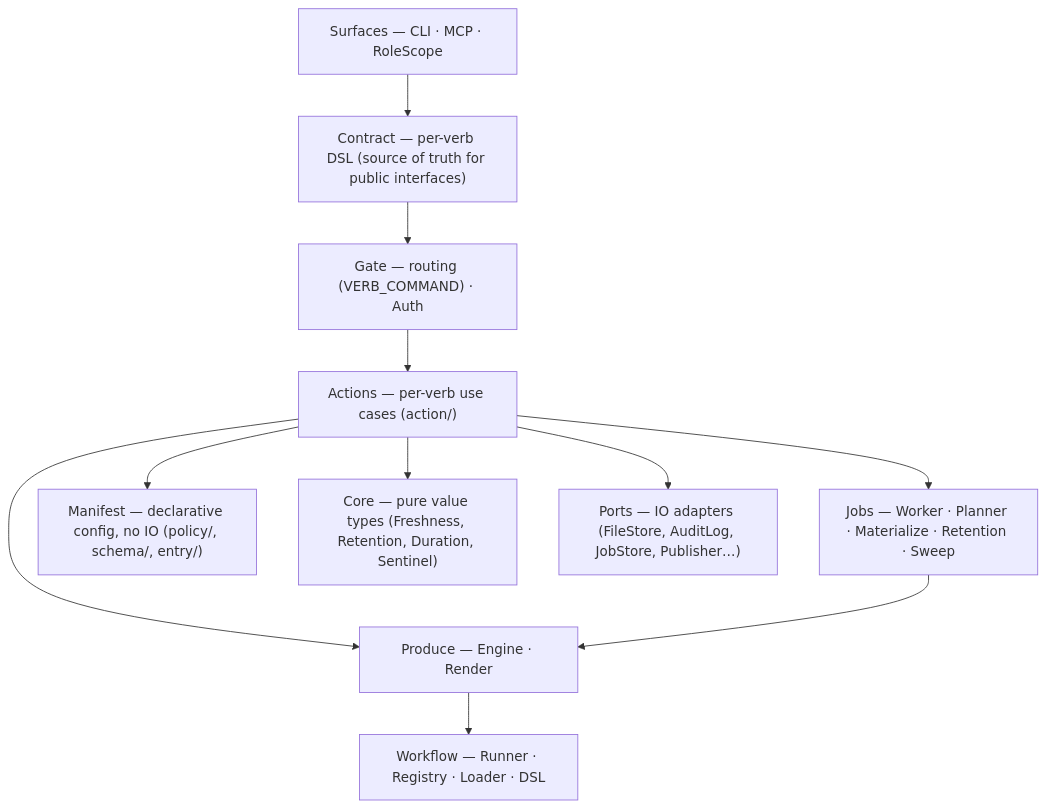
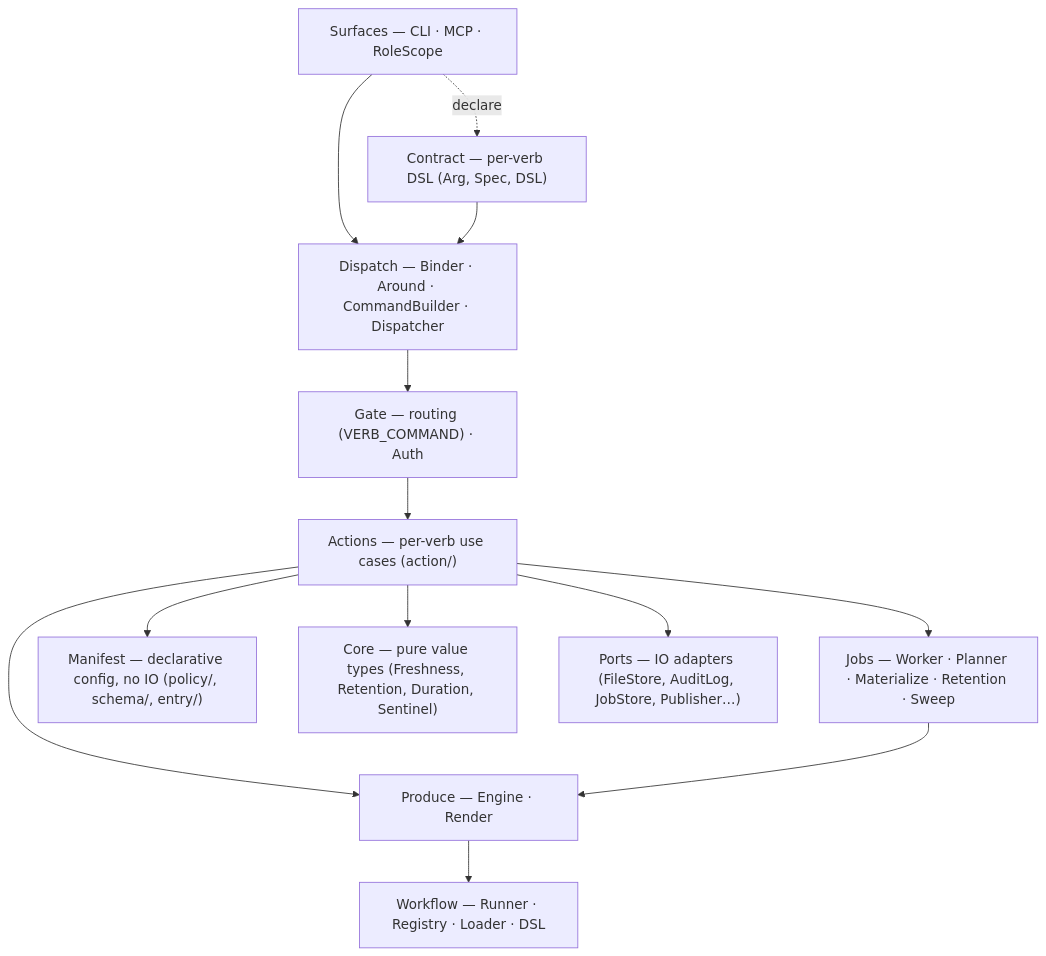
The diagram in .textus/data/knowledge/architecture-index.md (patrick204nqh/textus), drawn with Mermaid before and after one commit. The commit also changed other lines of this file and 25 other files, not shown here.

First line of the commit message:
refactor: separate contract declaration from dispatch machinery (#227)

````diff
--- a/.textus/data/knowledge/architecture-index.md
+++ b/.textus/data/knowledge/architecture-index.md
@@ -6,23 +6,26 @@
 ```mermaid
 flowchart TD
     surfaces["Surfaces — CLI · MCP · RoleScope"]
-    contract["Contract — per-verb DSL (source of truth for public interfaces)"]
+    contract["Contract — per-verb DSL (Arg, Spec, DSL)"]
+    dispatch["Dispatch — Binder · Around · CommandBuilder · Dispatcher"]
     gate["Gate — routing (VERB_COMMAND) · Auth"]
     action["Actions — per-verb use cases (action/)"]
     jobs["Jobs — Worker · Planner · Materialize · Retention · Sweep"]
     produce["Produce — Engine · Render"]
     workflow["Workflow — Runner · Registry · Loader · DSL"]
     manifest["Manifest — declarative config, no IO (policy/, schema/, entry/)"]
     core["Core — pure value types (Freshness, Retention, Duration, Sentinel)"]
     ports["Ports — IO adapters (FileStore, AuditLog, JobStore, Publisher…)"]
-    surfaces --> contract
-    contract --> gate
+    surfaces --> dispatch
+    surfaces -.->|declare| contract
+    contract --> dispatch
+    dispatch --> gate
     gate --> action
     action --> jobs
     action --> produce
     produce --> workflow
     action --> manifest
     action --> core
     action --> ports
     jobs --> produce
 ```
````
